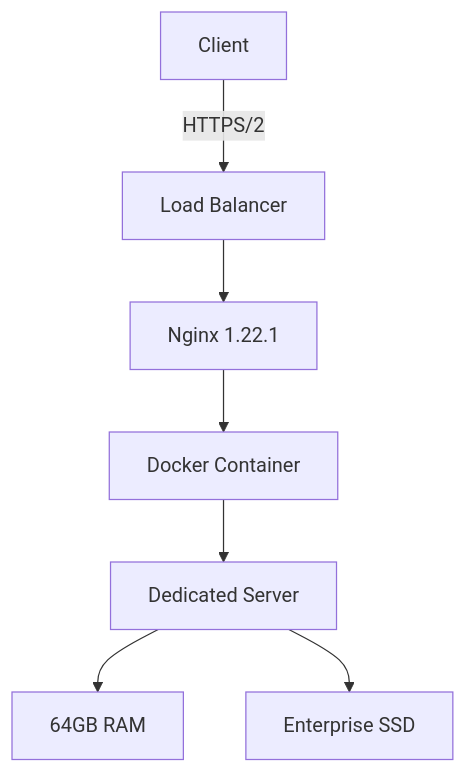
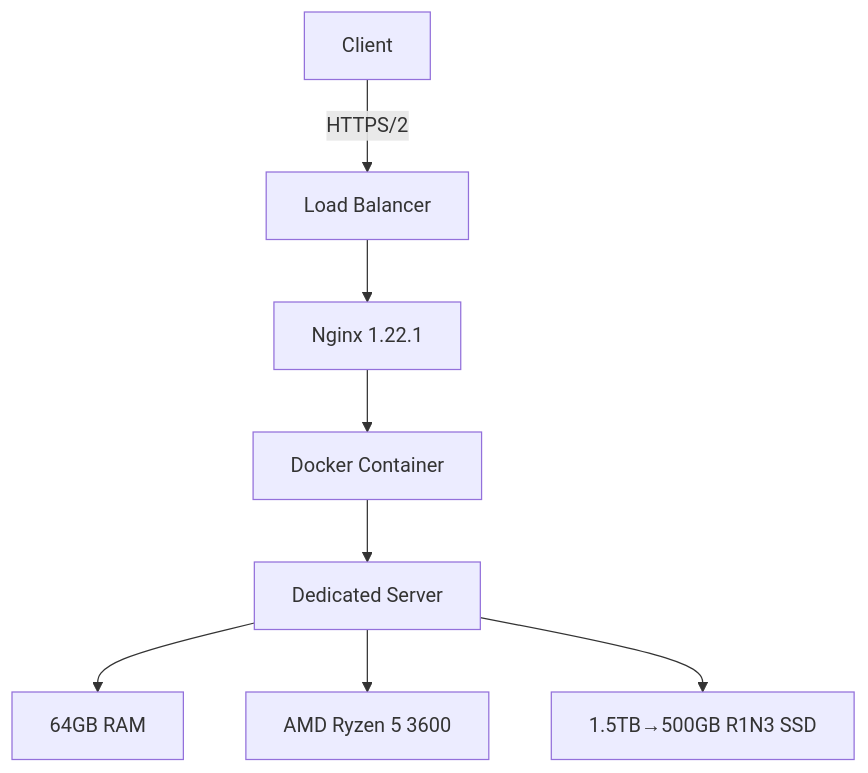
Before and after one commit to lucaskemper/portfolio-website: the diagram in README.md, drawn with Mermaid.

````diff
--- a/README.md
+++ b/README.md
@@ -34,9 +34,10 @@
 ```mermaid
 graph TD
     A[Client] -->|HTTPS/2| B[Load Balancer]
     B --> C[Nginx 1.22.1]
     C --> D[Docker Container]
     D --> E[Dedicated Server]
     E --> F[64GB RAM]
-    E --> G[Enterprise SSD]
+    E --> G[AMD Ryzen 5 3600]
+    E --> H[1.5TB→500GB R1N3 SSD]
 ```
````
